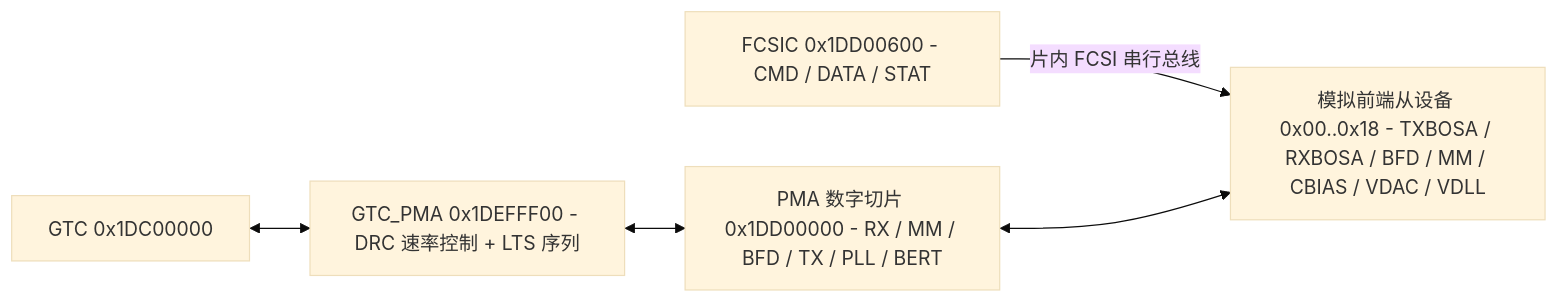
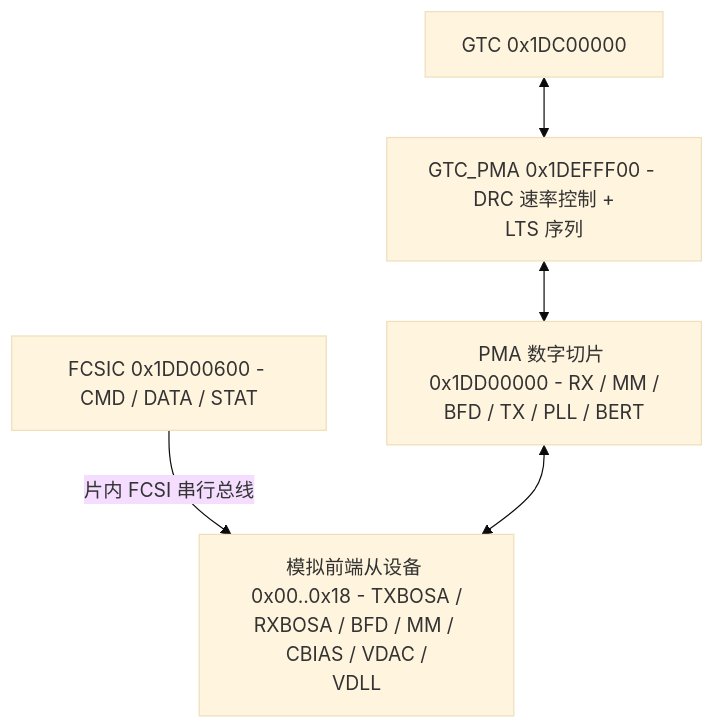
One commit to difanz/lantiq-falcon-s-docs changed the diagram in 07_phy_and_mac/01_optical_frontend_fcsi.md. Above: the diagram before and after it, drawn with Mermaid (base theme). The commit also changed 33 other files, not shown here.

Commit message:
Improve diagram readability and adopt the Material theme

````diff
--- a/07_phy_and_mac/01_optical_frontend_fcsi.md
+++ b/07_phy_and_mac/01_optical_frontend_fcsi.md
@@ -17,7 +17,7 @@
 ```mermaid
-flowchart LR
-    GTC["GTC 0x1DC00000"] <--> GTC_PMA["GTC_PMA 0x1DEFFF00 - DRC 速率控制 + LTS 序列"]
-    GTC_PMA <--> PMA["PMA 数字切片 0x1DD00000 - RX / MM / BFD / TX / PLL / BERT"]
-    FCSIC["FCSIC 0x1DD00600 - CMD / DATA / STAT"] -->|片内 FCSI 串行总线| AFE["模拟前端从设备 0x00..0x18 - TXBOSA / RXBOSA / BFD / MM / CBIAS / VDAC / VDLL"]
+flowchart TD
+    GTC["GTC 0x1DC00000"] <--> GTC_PMA["GTC_PMA 0x1DEFFF00 - DRC 速率控制 +<br/>LTS 序列"]
+    GTC_PMA <--> PMA["PMA 数字切片 0x1DD00000 - RX / MM /<br/>BFD / TX / PLL / BERT"]
+    FCSIC["FCSIC 0x1DD00600 - CMD / DATA / STAT"] -->|片内 FCSI 串行总线| AFE["模拟前端从设备 0x00..0x18 - TXBOSA /<br/>RXBOSA / BFD / MM / CBIAS / VDAC /<br/>VDLL"]
     PMA <--> AFE
 ```
````
